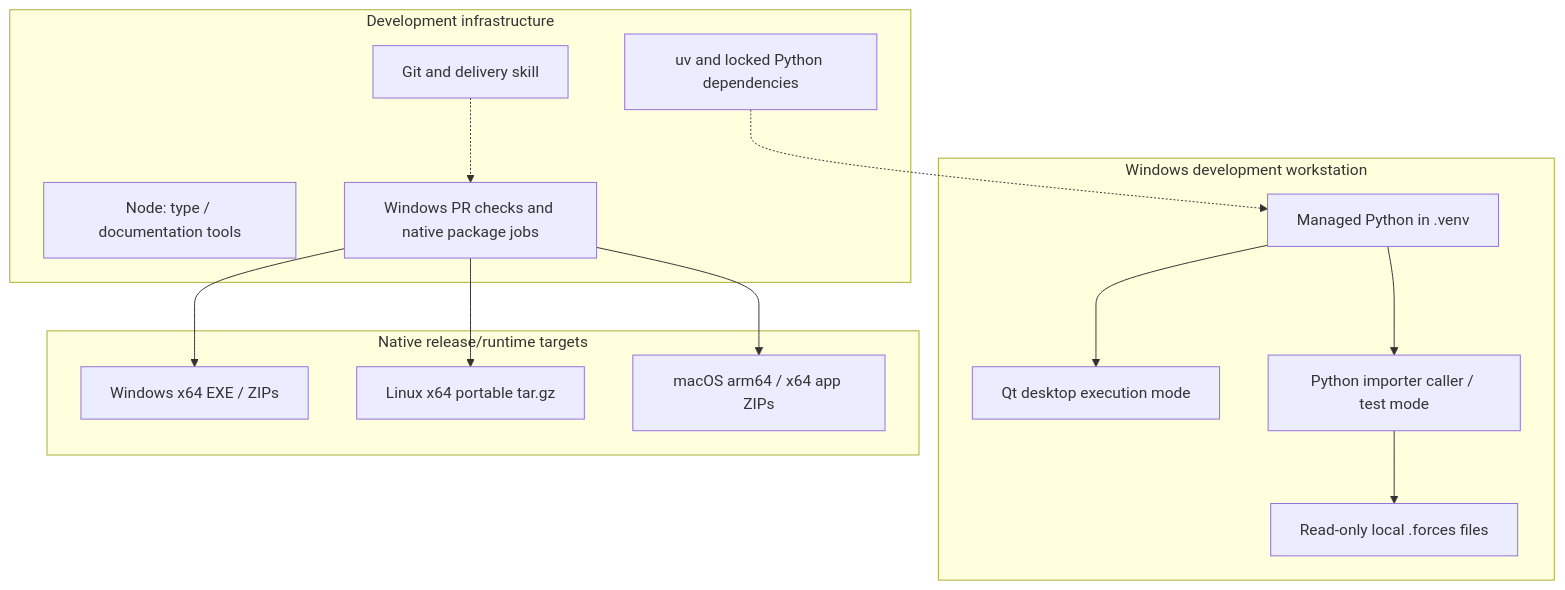
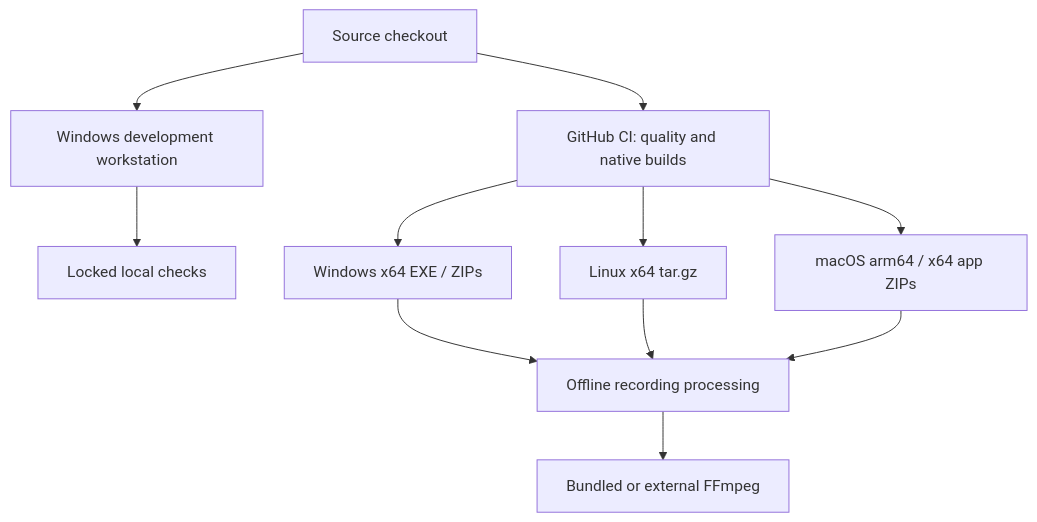
One commit to rudnerbjoern/ride-forces-analyzer changed the diagram in docs/architecture/07_deployment_view.md. Above: the diagram before and after it, drawn with Mermaid. The commit also changed other lines of this file and 39 other files, not shown here.

````diff
--- a/docs/architecture/07_deployment_view.md
+++ b/docs/architecture/07_deployment_view.md
@@ -9,28 +9,13 @@
 ```mermaid
 flowchart TB
-    subgraph Host["Windows development workstation"]
-        Python["Managed Python in .venv"]
-        GUI["Qt desktop execution mode"]
-        Caller["Python importer caller / test mode"]
-        Original["Read-only local .forces files"]
-        Python --> GUI
-        Python --> Caller
-        Caller --> Original
-    end
-    subgraph Dev["Development infrastructure"]
-        UV["uv and locked Python dependencies"]
-        Node["Node: type / documentation tools"]
-        Git["Git and delivery skill"]
-        CI["Windows PR checks and native package jobs"]
-        UV -.-> Python
-        Git -.-> CI
-    end
-    subgraph Targets["Native release/runtime targets"]
-        Win["Windows x64 EXE / ZIPs"]
-        Linux["Linux x64 portable tar.gz"]
-        Mac["macOS arm64 / x64 app ZIPs"]
-    end
-    CI --> Win
-    CI --> Linux
-    CI --> Mac
+    Source["Source checkout"] --> Windows["Windows development workstation"]
+    Windows --> Quality["Locked local checks"]
+    Source --> CI["GitHub CI: quality and native builds"]
+    CI --> Win["Windows x64 EXE / ZIPs"]
+    CI --> Linux["Linux x64 tar.gz"]
+    CI --> Mac["macOS arm64 / x64 app ZIPs"]
+    Win --> Local["Offline recording processing"]
+    Linux --> Local
+    Mac --> Local
+    Local --> FFmpeg["Bundled or external FFmpeg"]
 ```
````
